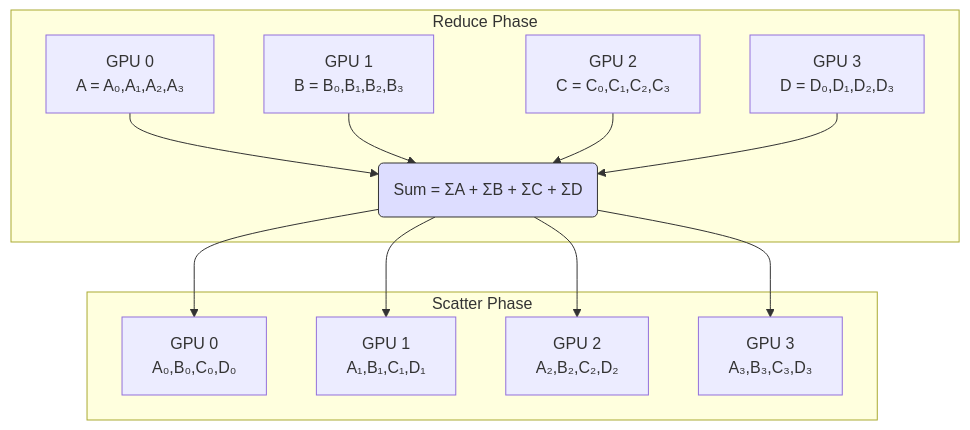
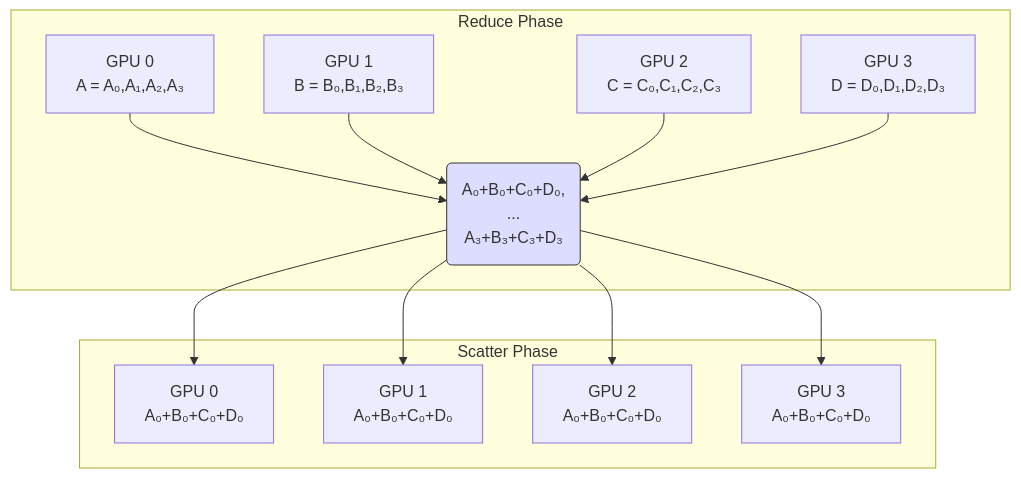
Before and after one commit to jianzhnie/ScaleTorch: the sixth of 8 diagrams in doc/分布式集合通信和通信原语.md, drawn with Mermaid. The commit also changed other lines of this file, not shown here.

Commit message:
Update scaletorch dist

````diff
--- a/doc/分布式集合通信和通信原语.md
+++ b/doc/分布式集合通信和通信原语.md
@@ -161,16 +164,16 @@
 ```mermaid
 graph TD
     subgraph Reduce Phase
-        A[GPU 0 <br> A = A₀,A₁,A₂,A₃] --> R(Sum = ΣA + ΣB + ΣC + ΣD)
+        A[GPU 0 <br> A = A₀,A₁,A₂,A₃] --> R(A₀+B₀+C₀+D₀, <br> ... <br> A₃+B₃+C₃+D₃)
         B[GPU 1 <br> B = B₀,B₁,B₂,B₃] --> R
         C[GPU 2 <br> C = C₀,C₁,C₂,C₃] --> R
         D[GPU 3 <br> D = D₀,D₁,D₂,D₃] --> R
     end
     subgraph Scatter Phase
-        R --> E[GPU 0 <br> A₀,B₀,C₀,D₀]
-        R --> F[GPU 1 <br> A₁,B₁,C₁,D₁]
-        R --> G[GPU 2 <br> A₂,B₂,C₂,D₂]
-        R --> H[GPU 3 <br> A₃,B₃,C₃,D₃]
+        R --> E[GPU 0 <br> A₀+B₀+C₀+D₀]
+        R --> F[GPU 1 <br> A₀+B₀+C₀+D₀]
+        R --> G[GPU 2 <br> A₀+B₀+C₀+D₀]
+        R --> H[GPU 3 <br> A₀+B₀+C₀+D₀]
     end
     style R fill:#ddf,stroke:#333
 ```
````
